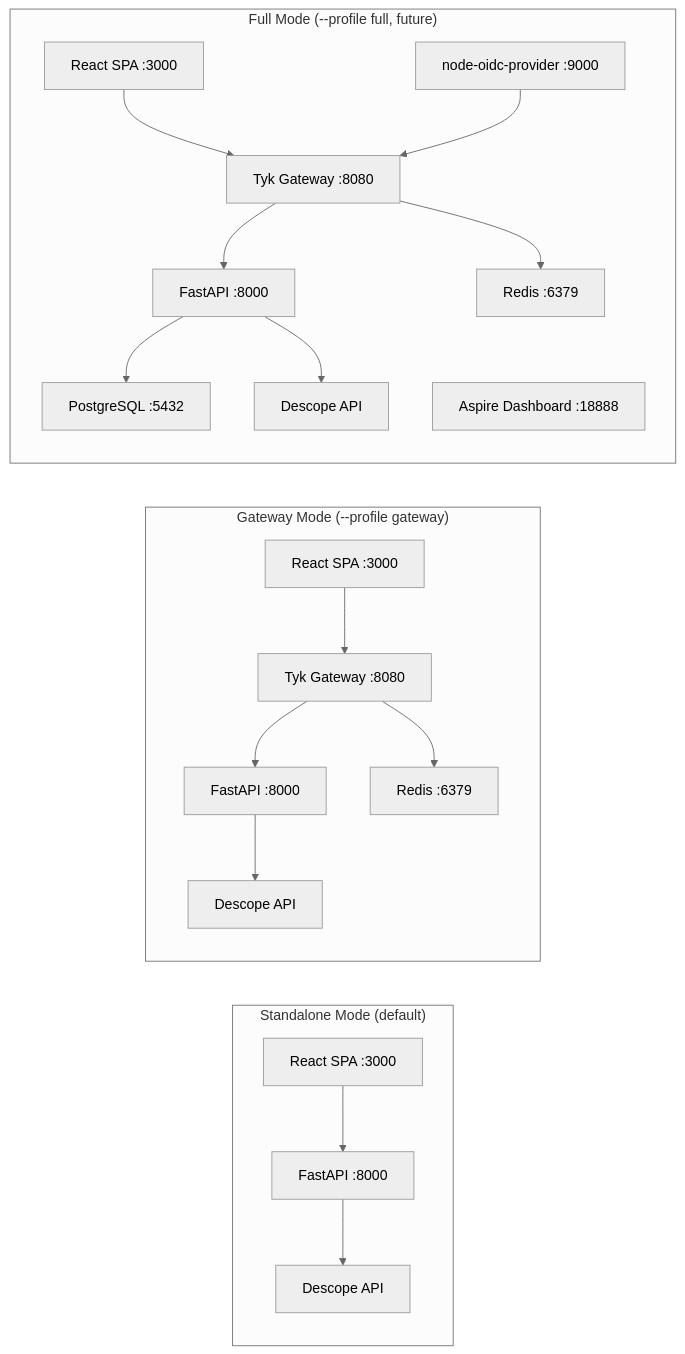
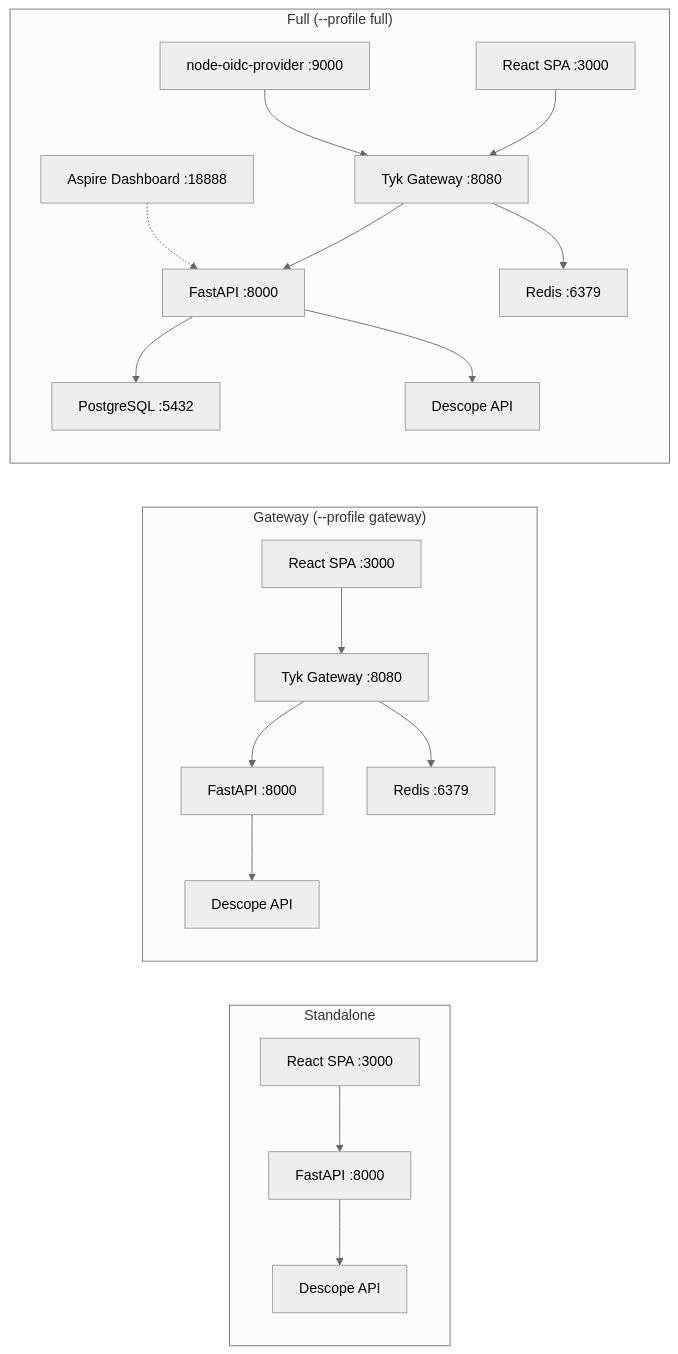
One commit to jamescrowley321/identity-stack-planning changed the fourth of 5 diagrams in docs/system-architecture.md. Above: the diagram before and after it, drawn with Mermaid (neutral theme). The commit also changed other lines of this file and 4 other files, not shown here.

First line of the commit message:
docs: improve readability of all Mermaid diagrams

````diff
--- a/docs/system-architecture.md
+++ b/docs/system-architecture.md
@@ -282,24 +282,25 @@
 ```mermaid
 graph LR
-    subgraph standalone["Standalone Mode (default)"]
+    subgraph standalone["Standalone"]
         SPA1[React SPA :3000] --> API1[FastAPI :8000]
         API1 --> DESC1[Descope API]
     end
 
-    subgraph gateway["Gateway Mode (--profile gateway)"]
+    subgraph gateway["Gateway (--profile gateway)"]
         SPA2[React SPA :3000] --> TYK[Tyk Gateway :8080]
         TYK --> API2[FastAPI :8000]
         TYK --> REDIS[Redis :6379]
         API2 --> DESC2[Descope API]
     end
 
-    subgraph full["Full Mode (--profile full, future)"]
+    subgraph full["Full (--profile full)"]
         SPA3[React SPA :3000] --> TYK2[Tyk Gateway :8080]
         TYK2 --> API3[FastAPI :8000]
         TYK2 --> REDIS2[Redis :6379]
         API3 --> PG[PostgreSQL :5432]
         API3 --> DESC3[Descope API]
         OIDC[node-oidc-provider :9000] --> TYK2
         ASPIRE[Aspire Dashboard :18888]
+        ASPIRE -.-> API3
     end
 ```
````
